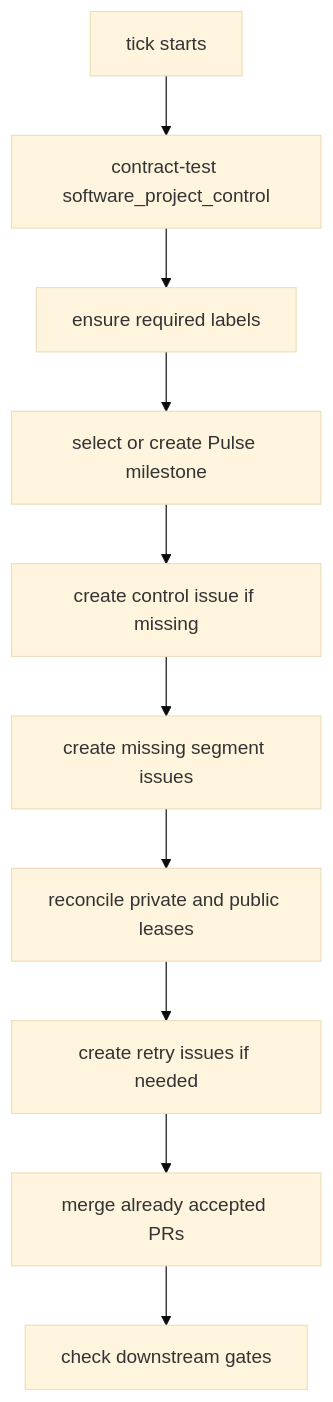
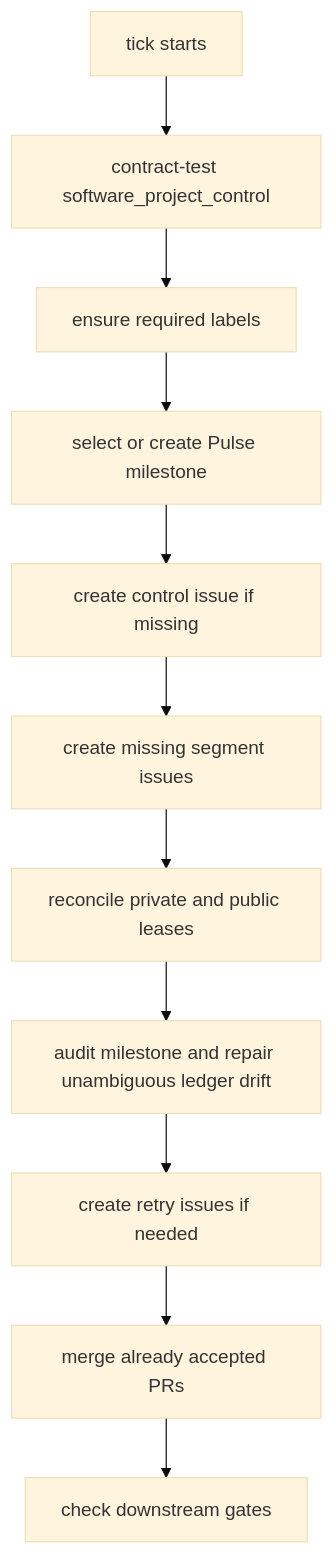
Before and after one commit to AurigaAgents/market-intelligence-pulse: the third of 6 diagrams in docs/market-intelligence-pulse-architecture.md, drawn with Mermaid (base theme). The commit also changed other lines of this file and 1 other file, not shown here.

````diff
--- a/docs/market-intelligence-pulse-architecture.md
+++ b/docs/market-intelligence-pulse-architecture.md
@@ -613,12 +639,13 @@
 ```mermaid
 flowchart TD
     A[tick starts] --> B[contract-test software_project_control]
     B --> C[ensure required labels]
     C --> D[select or create Pulse milestone]
     D --> E[create control issue if missing]
     E --> F[create missing segment issues]
     F --> G[reconcile private and public leases]
-    G --> H[create retry issues if needed]
-    H --> I[merge already accepted PRs]
-    I --> J[check downstream gates]
+    G --> H[audit milestone and repair unambiguous ledger drift]
+    H --> I[create retry issues if needed]
+    I --> J[merge already accepted PRs]
+    J --> K[check downstream gates]
 ```
````
